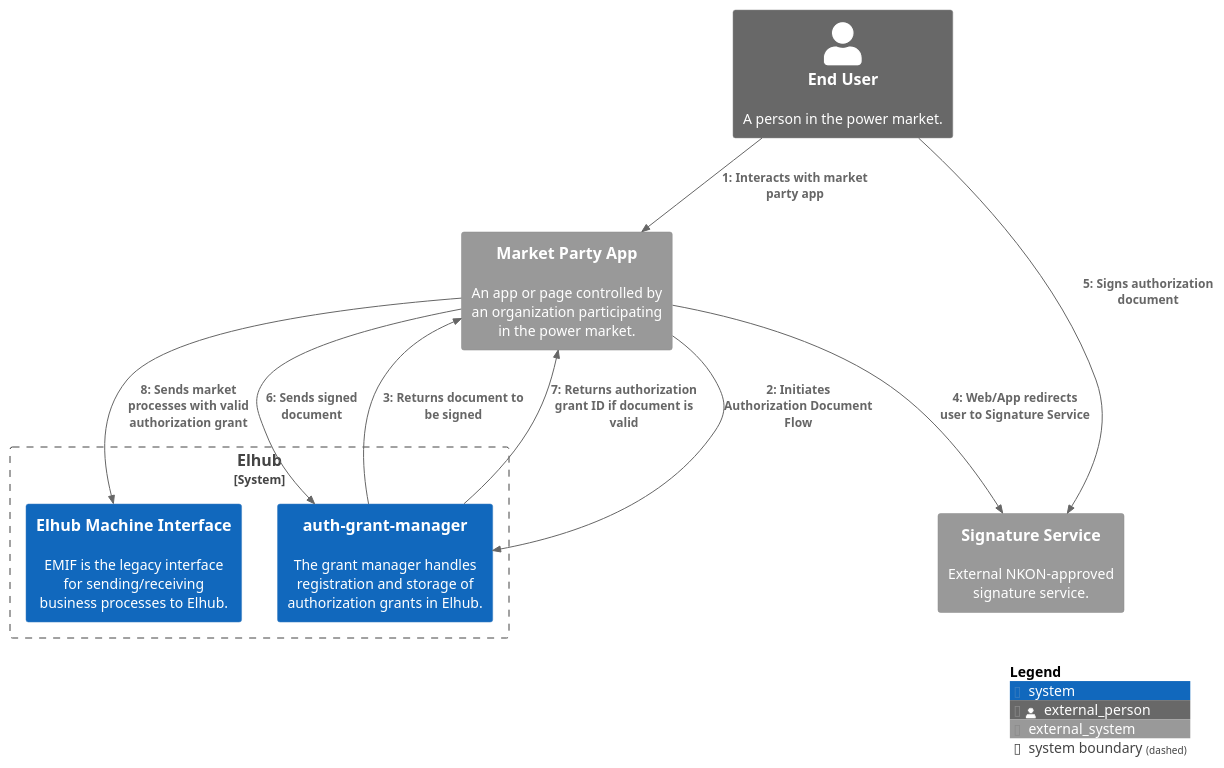
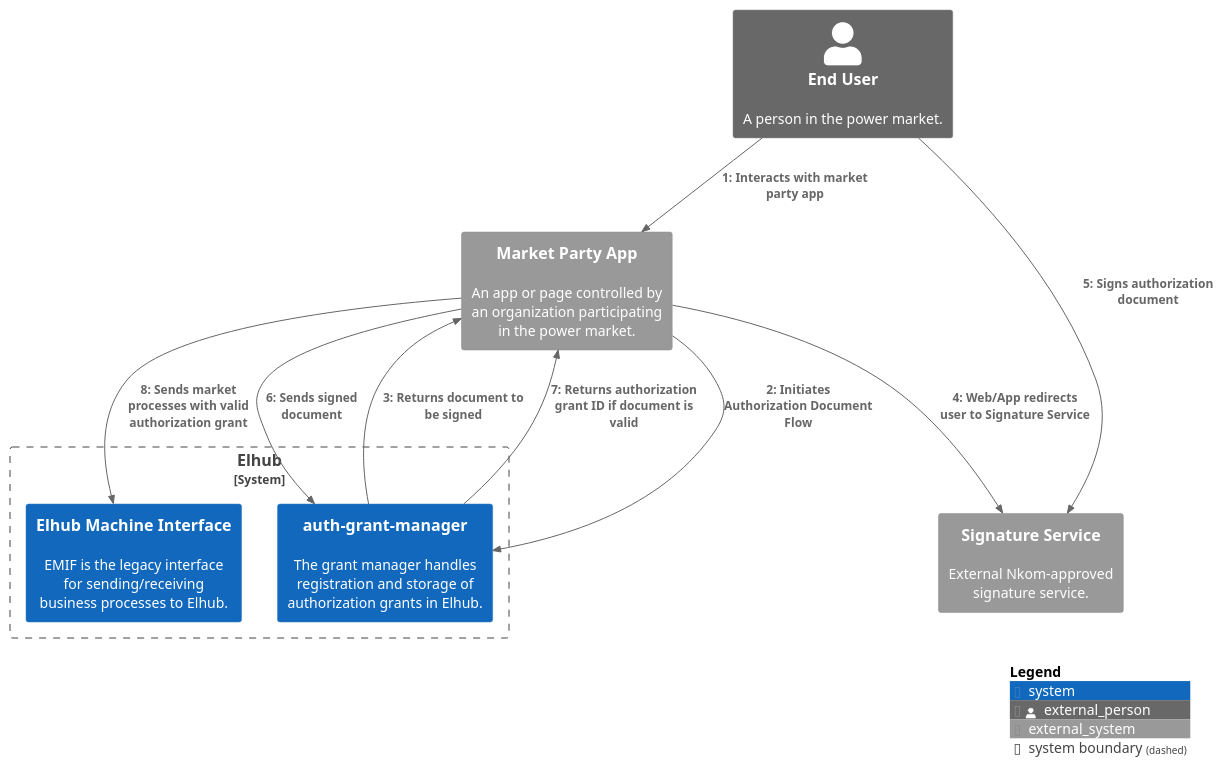
The diagram in docs/assets/dynamic-diagram-document.plantuml (elhub/auth-grant-manager), drawn with PlantUML before and after one commit.

```diff
--- a/docs/assets/dynamic-diagram-document.plantuml
+++ b/docs/assets/dynamic-diagram-document.plantuml
@@ -1,23 +1,23 @@
 @startuml dynamic-diagram-document
 !include  https://raw.githubusercontent.com/plantuml-stdlib/C4-PlantUML/refs/heads/master/C4_Dynamic.puml
 
 Person_Ext(EndUser, "End User", "A person in the power market.")
 System_Ext(MarketParty, "Market Party App", "An app or page controlled by an organization participating in the power market.")
 System_Boundary(elhub, "Elhub") {
   System(GrantManager, "auth-grant-manager", "The grant manager handles registration and storage of authorization grants in Elhub.")
   System(EMIF, "Elhub Machine Interface", "EMIF is the legacy interface for sending/receiving business processes to Elhub.")
 }
-System_Ext(SignatureService, "Signature Service", "External NKON-approved signature service.")
+System_Ext(SignatureService, "Signature Service", "External Nkom-approved signature service.")
 
 ' Relationships
 Rel(EndUser, MarketParty, "Interacts with market party app")
 Rel(MarketParty, GrantManager, "Initiates Authorization Document Flow")
 Rel(GrantManager, MarketParty, "Returns document to be signed")
 Rel(MarketParty, SignatureService, "Web/App redirects user to Signature Service")
 Rel(EndUser, SignatureService, "Signs authorization document")
 Rel(MarketParty, GrantManager, "Sends signed document")
 Rel(GrantManager, MarketParty, "Returns authorization grant ID if document is valid")
 Rel(MarketParty, EMIF, "Sends market processes with valid authorization grant")
 
 SHOW_LEGEND()
 @enduml
```
